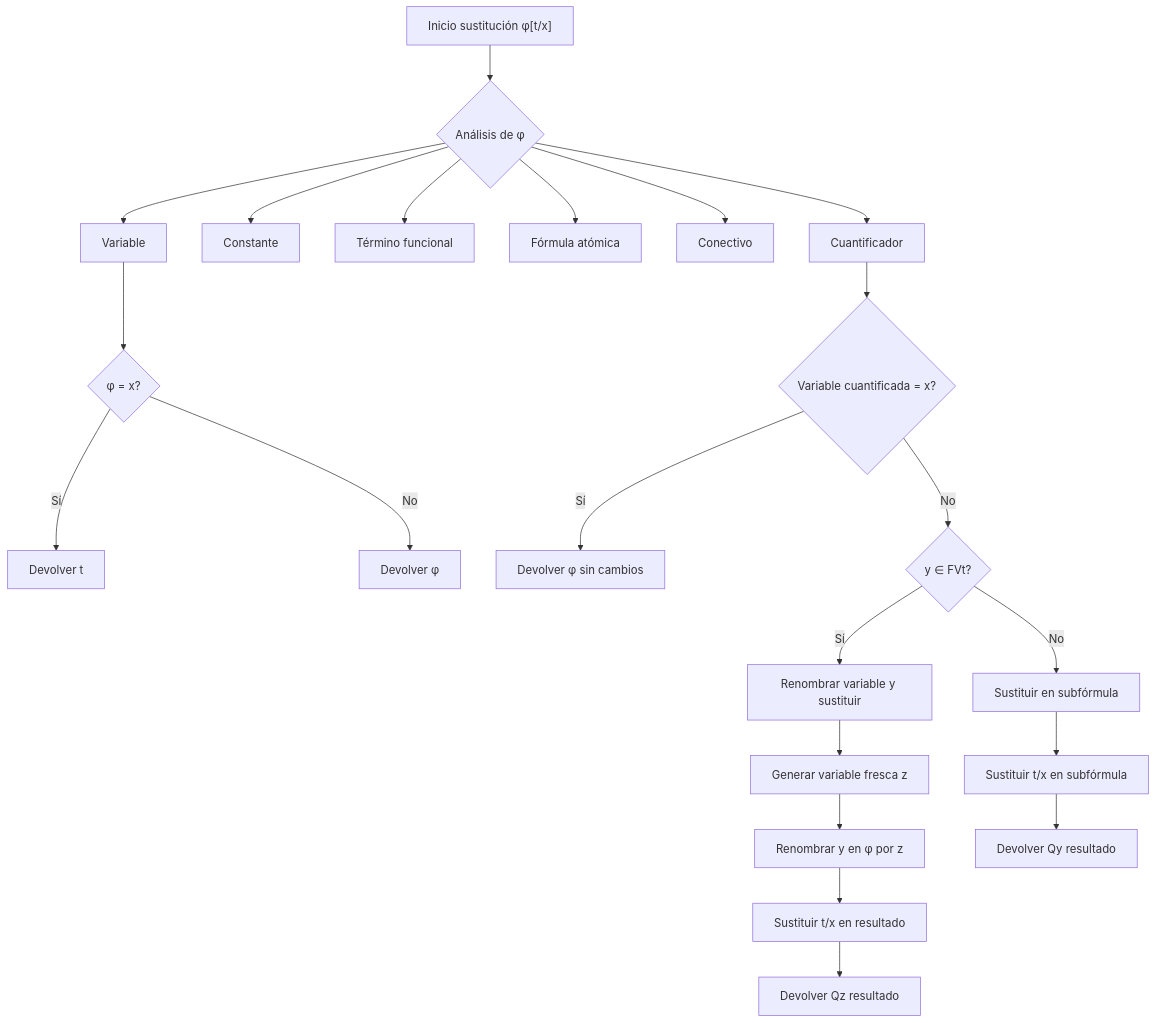
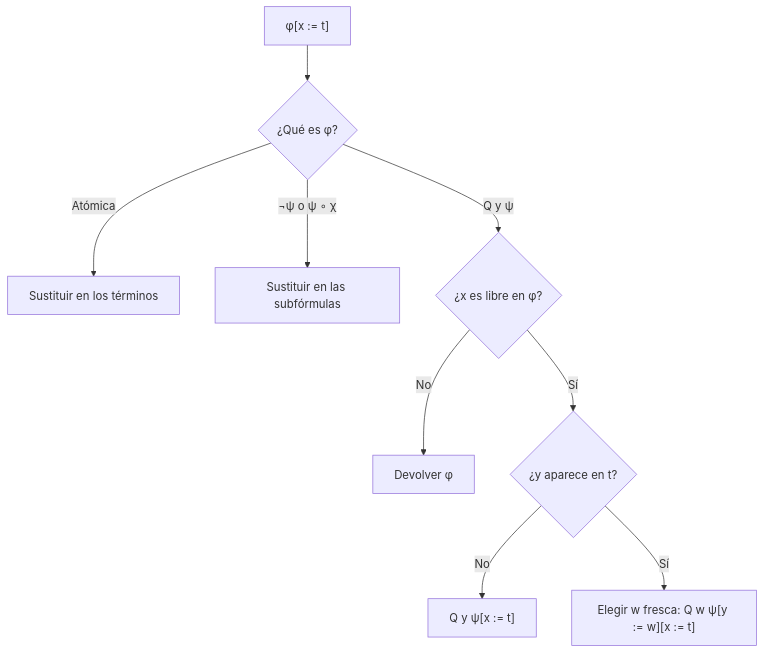
Before and after one commit to djaimej/computer-science-template: the diagram in public/documents/semester-4/2/4233.md, drawn with Mermaid. The commit also changed other lines of this file and 4 other files, not shown here.

````diff
--- a/public/documents/semester-4/2/4233.md
+++ b/public/documents/semester-4/2/4233.md
@@ -217,29 +86,11 @@
 ```mermaid
 flowchart TD
-    A["Inicio sustitución φ[t/x]"] --> B{Análisis de φ}
-    B --> C[Variable]
-    B --> D[Constante]
-    B --> E[Término funcional]
-    B --> F[Fórmula atómica]
-    B --> G[Conectivo]
-    B --> H[Cuantificador]
-
-    C --> C1{φ = x?}
-    C1 -->|Sí| C2[Devolver t]
-    C1 -->|No| C3[Devolver φ]
-
-    H --> H1{Variable cuantificada = x?}
-    H1 -->|Sí| H2[Devolver φ sin cambios]
-    H1 -->|No| H3{y ∈ FVt?}
-    H3 -->|No| H4[Sustituir en subfórmula]
-    H3 -->|Sí| H5[Renombrar variable y sustituir]
-
-    H5 --> H6[Generar variable fresca z]
-    H6 --> H7[Renombrar y en φ por z]
-    H7 --> H8[Sustituir t/x en resultado]
-
-    H4 --> H9[Sustituir t/x en subfórmula]
-
-    H8 --> I[Devolver Qz resultado]
-    H9 --> J[Devolver Qy resultado]
+    A["φ[x := t]"] --> B{"¿Qué es φ?"}
+    B -->|Atómica| C["Sustituir en los términos"]
+    B -->|"¬ψ o ψ ∘ χ"| D["Sustituir en las subfórmulas"]
+    B -->|"Q y ψ"| E{"¿x es libre en φ?"}
+    E -->|No| F["Devolver φ"]
+    E -->|Sí| G{"¿y aparece en t?"}
+    G -->|No| H["Q y ψ[x := t]"]
+    G -->|Sí| I["Elegir w fresca: Q w ψ[y := w][x := t]"]
 ```
````
